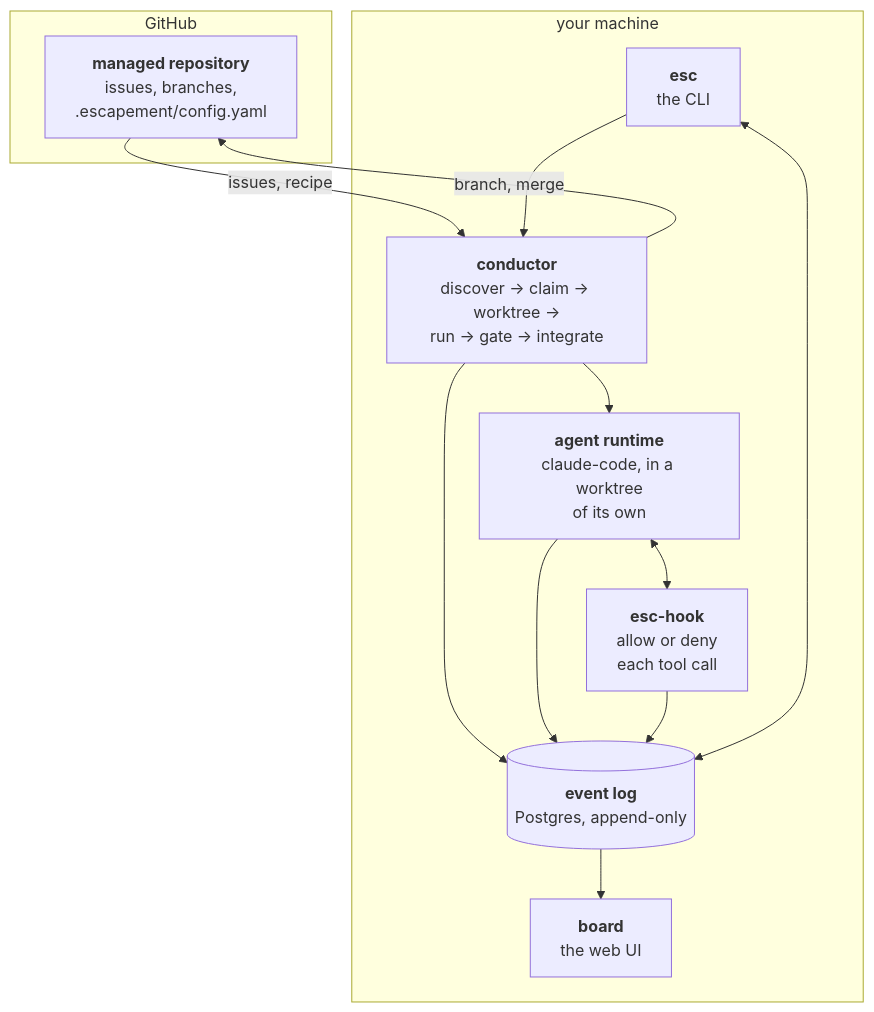
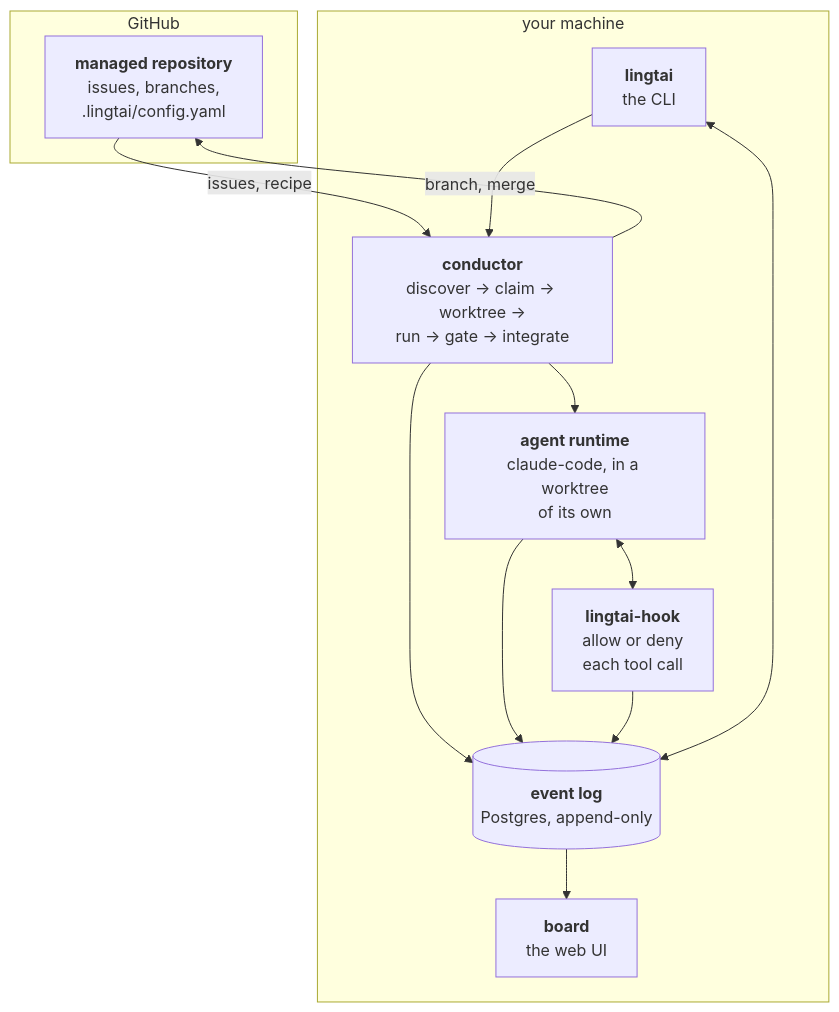
Before and after one commit to steven-zhc/escapement: the first of 2 diagrams in README.md, drawn with Mermaid. The commit also changed other lines of this file and 138 other files, not shown here.

````diff
--- a/README.md
+++ b/README.md
@@ -117,26 +117,26 @@
 ```mermaid
 flowchart TB
   subgraph github["GitHub"]
-    repo["<b>managed repository</b><br/>issues, branches,<br/>.escapement/config.yaml"]
+    repo["<b>managed repository</b><br/>issues, branches,<br/>.lingtai/config.yaml"]
   end
 
   subgraph yours["your machine"]
     cond["<b>conductor</b><br/>discover → claim → worktree →<br/>run → gate → integrate"]
     agent["<b>agent runtime</b><br/>claude-code, in a worktree<br/>of its own"]
-    hook["<b>esc-hook</b><br/>allow or deny<br/>each tool call"]
+    hook["<b>lingtai-hook</b><br/>allow or deny<br/>each tool call"]
     log[("<b>event log</b><br/>Postgres, append-only")]
-    cli["<b>esc</b><br/>the CLI"]
+    cli["<b>lingtai</b><br/>the CLI"]
     board["<b>board</b><br/>the web UI"]
   end
 
   repo -- "issues, recipe" --> cond
   cond -- "branch, merge" --> repo
   cond --> agent
   agent <--> hook
   cond --> log
   agent --> log
   hook --> log
   log --> board
   cli <--> log
   cli --> cond
 ```
````
